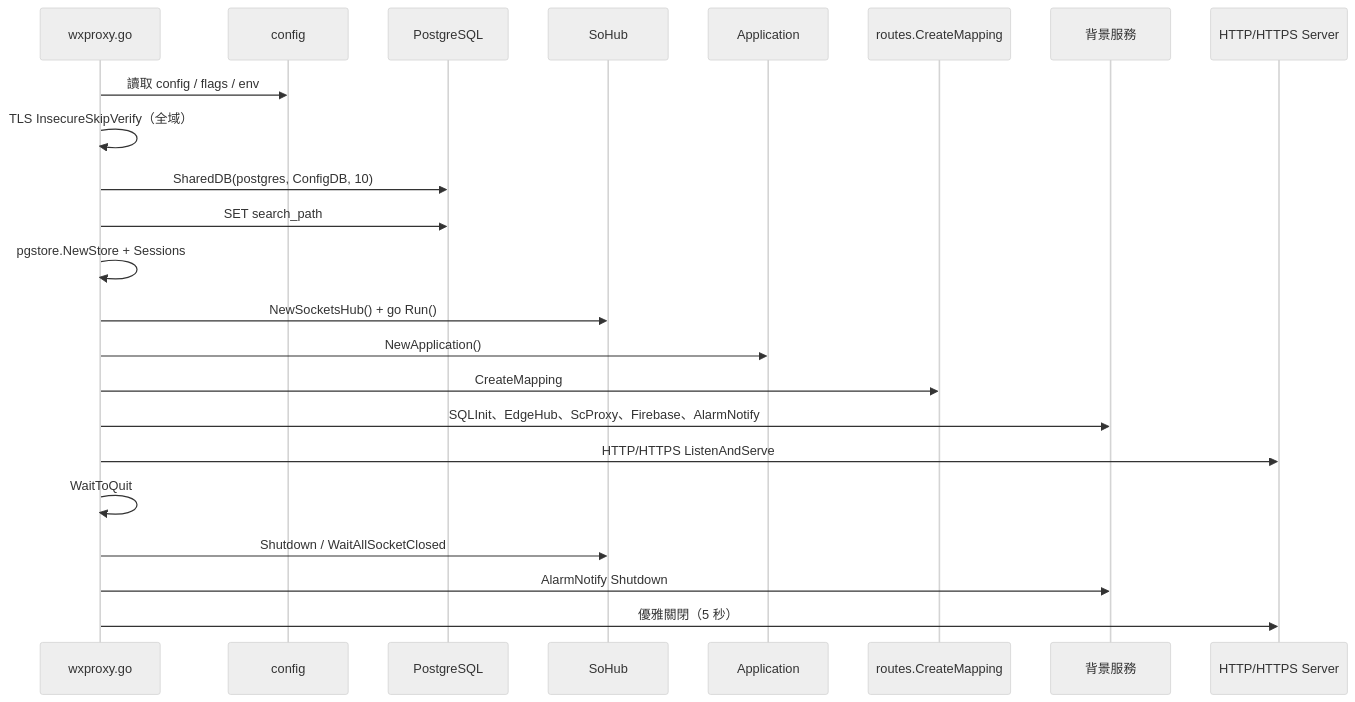
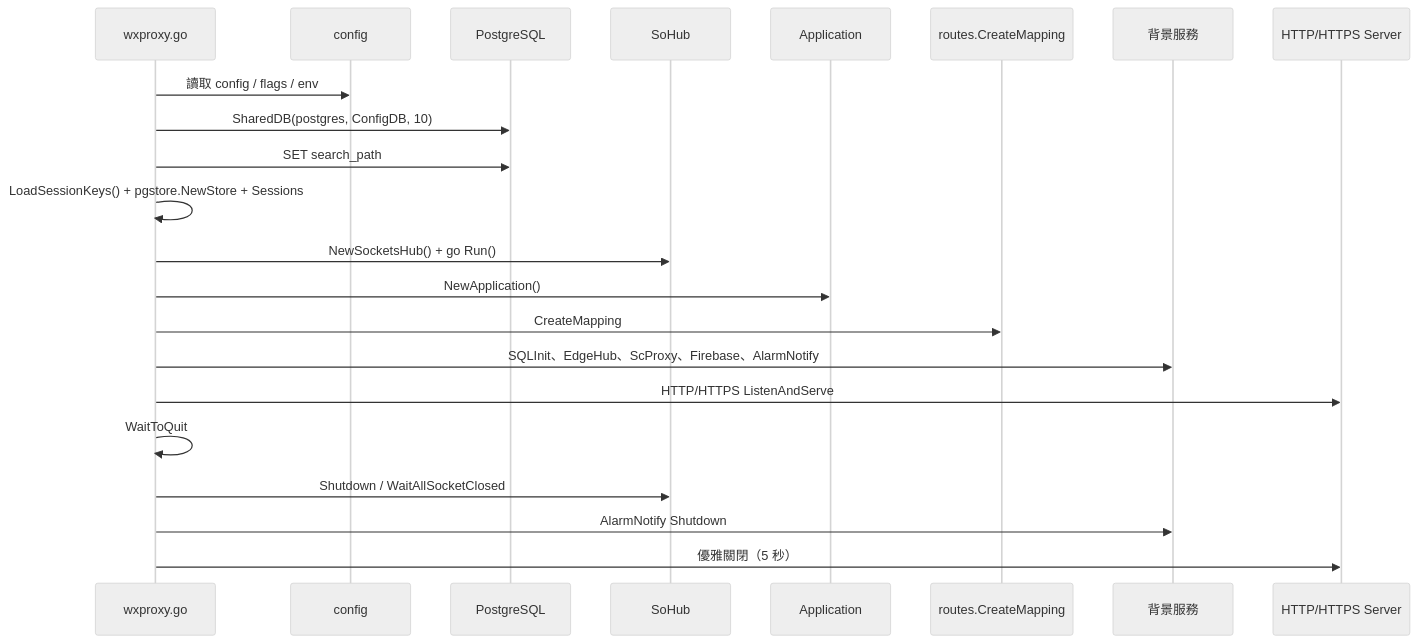
The second of 5 diagrams in SDS/05_Runtime_Proxy_Design.md (PochengChen-del/EdgeViewDoc), drawn with Mermaid (neutral theme) before and after one commit. The commit also changed other lines of this file and 11 other files, not shown here.

Commit message:
fix(security): remediate R-001/R-002/R-003 session secret, TLS bypass and queryrecord

````diff
--- a/SDS/05_Runtime_Proxy_Design.md
+++ b/SDS/05_Runtime_Proxy_Design.md
@@ -45,26 +45,25 @@
 ```mermaid
 sequenceDiagram
     participant Main as wxproxy.go
     participant Cfg as config
     participant DB as PostgreSQL
     participant Hub as SoHub
     participant App as Application
     participant Routes as routes.CreateMapping
     participant Svc as 背景服務
     participant Srv as HTTP/HTTPS Server
 
     Main->>Cfg: 讀取 config / flags / env
-    Main->>Main: TLS InsecureSkipVerify（全域）
     Main->>DB: SharedDB(postgres, ConfigDB, 10)
     Main->>DB: SET search_path
-    Main->>Main: pgstore.NewStore + Sessions
+    Main->>Main: LoadSessionKeys() + pgstore.NewStore + Sessions
     Main->>Hub: NewSocketsHub() + go Run()
     Main->>App: NewApplication()
     Main->>Routes: CreateMapping
     Main->>Svc: SQLInit、EdgeHub、ScProxy、Firebase、AlarmNotify
     Main->>Srv: HTTP/HTTPS ListenAndServe
     Main->>Main: WaitToQuit
     Main->>Hub: Shutdown / WaitAllSocketClosed
     Main->>Svc: AlarmNotify Shutdown
     Main->>Srv: 優雅關閉（5 秒）
 ```
````
